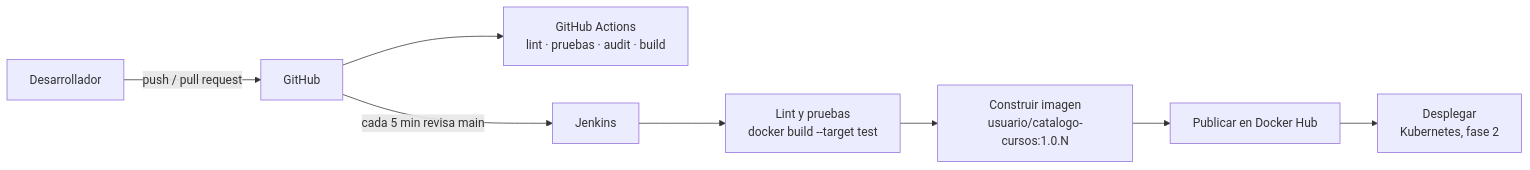
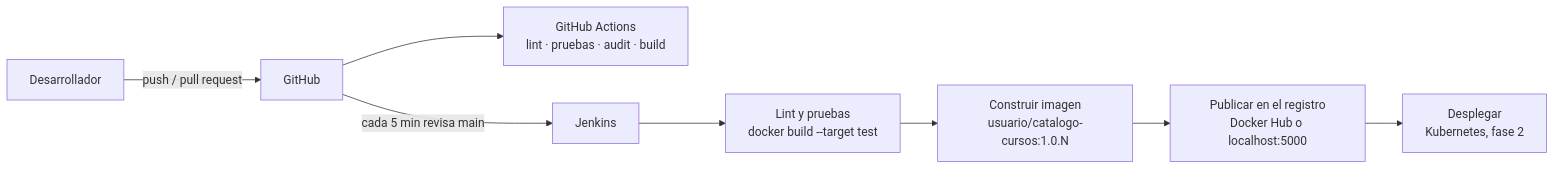
The diagram in README.md (Wilee21/lab-cicd), drawn with Mermaid before and after one commit. The commit also changed other lines of this file and 5 other files, not shown here.

First line of the commit message:
Registro local como alternativa a Docker Hub en el pipeline de CD

````diff
--- a/README.md
+++ b/README.md
@@ -11,10 +11,10 @@
 ```mermaid
 flowchart LR
   dev[Desarrollador] -->|push / pull request| gh[GitHub]
   gh --> ci[GitHub Actions<br/>lint · pruebas · audit · build]
   gh -->|cada 5 min revisa main| jk[Jenkins]
   jk --> t[Lint y pruebas<br/>docker build --target test]
   t --> b[Construir imagen<br/>usuario/catalogo-cursos:1.0.N]
-  b --> p[Publicar en Docker Hub]
+  b --> p[Publicar en el registro<br/>Docker Hub o localhost:5000]
   p --> d[Desplegar<br/>Kubernetes, fase 2]
 ```
````
